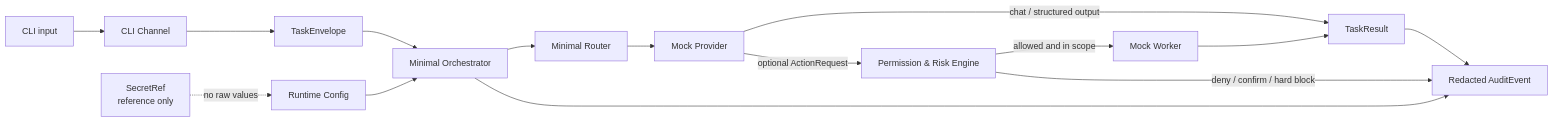
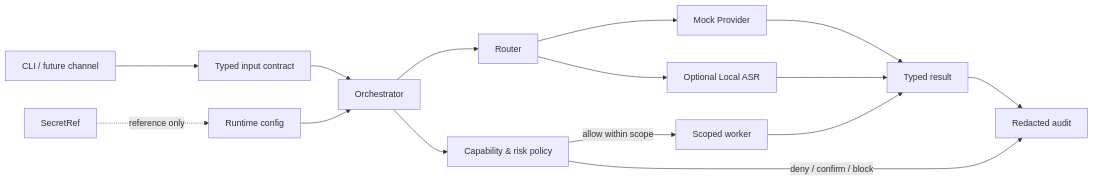
The second of 2 diagrams in README.md (chengcheng-2006/paios-ce), drawn with Mermaid before and after one commit. The commit also changed other lines of this file and 34 other files, not shown here.

First line of the commit message:
feat: add experimental local ASR capability (#6)

````diff
--- a/README.md
+++ b/README.md
@@ -103,22 +194,21 @@
 ```mermaid
 flowchart LR
-    USER["CLI input"] --> CHANNEL["CLI Channel"]
-    CHANNEL --> TASK["TaskEnvelope"]
-    TASK --> ORCH["Minimal Orchestrator"]
+    INPUT["CLI / future channel"] --> CONTRACT["Typed input contract"]
+    CONTRACT --> ORCH["Orchestrator"]
+    CONFIG["Runtime config"] --> ORCH
+    SREF["SecretRef"] -. "reference only" .-> CONFIG
 
-    CONFIG["Runtime Config"] --> ORCH
-    SECRET["SecretRef<br/>reference only"] -. "no raw values" .-> CONFIG
+    ORCH --> ROUTER["Router"]
+    ROUTER --> MOCK["Mock Provider"]
+    ROUTER --> SPEECH["Optional Local ASR"]
 
-    ORCH --> ROUTER["Minimal Router"]
-    ROUTER --> MOCK["Mock Provider"]
+    MOCK --> RESULT["Typed result"]
+    SPEECH --> RESULT
 
-    MOCK -->|"chat / structured output"| RESULT["TaskResult"]
-    MOCK -->|"optional ActionRequest"| POLICY["Permission & Risk Engine"]
+    ORCH --> POLICY["Capability & risk policy"]
+    POLICY -->|"allow within scope"| WORKER["Scoped worker"]
+    POLICY -->|"deny / confirm / block"| AUDIT["Redacted audit"]
 
-    POLICY -->|"allowed and in scope"| WORKER["Mock Worker"]
-    POLICY -->|"deny / confirm / hard block"| AUDIT["Redacted AuditEvent"]
     WORKER --> RESULT
-
     RESULT --> AUDIT
-    ORCH --> AUDIT
 ```
````
